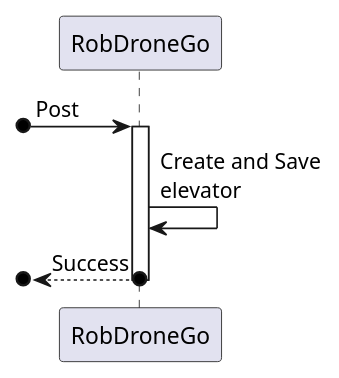
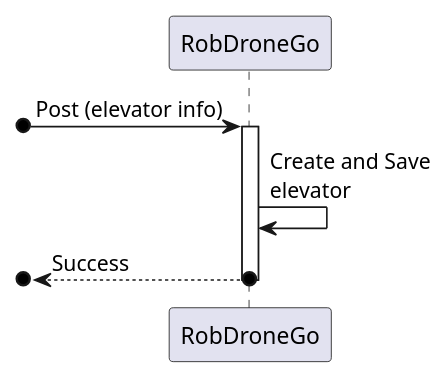
Before and after one commit to winqus/RobDroneGo: the diagram in docs/US/ID-270/SD lv1.puml, drawn with PlantUML. The commit also changed 3 other files, not shown here.

```diff
--- a/docs/US/ID-270/SD lv1.puml
+++ b/docs/US/ID-270/SD lv1.puml
@@ -1,12 +1,12 @@
 @startuml SD Lv1
 
 participant RobDroneGo as system
-[o-> system : Post
+[o-> system : Post (elevator info)
 activate system
 
 system -> system : Create and Save\nelevator
 
 [o<--o system : Success
 deactivate system
 
 @enduml
```
